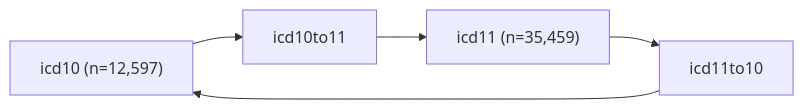
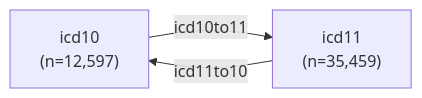
One commit to cghr-toronto/icd changed the diagram in data/README.md. Above: the diagram before and after it, drawn with Mermaid.

````diff
--- a/data/README.md
+++ b/data/README.md
@@ -10,6 +10,6 @@
 ```mermaid
 flowchart LR;
 
-icd10["icd10 (n=12,597)"] --> icd10to11 --> icd11["icd11 (n=35,459)"];
-icd11 --> icd11to10 --> icd10;
+icd10["icd10<br>(n=12,597)"] --> |icd10to11| icd11["icd11<br>(n=35,459)"];
+icd11 --> |icd11to10| icd10;
 ```
````
